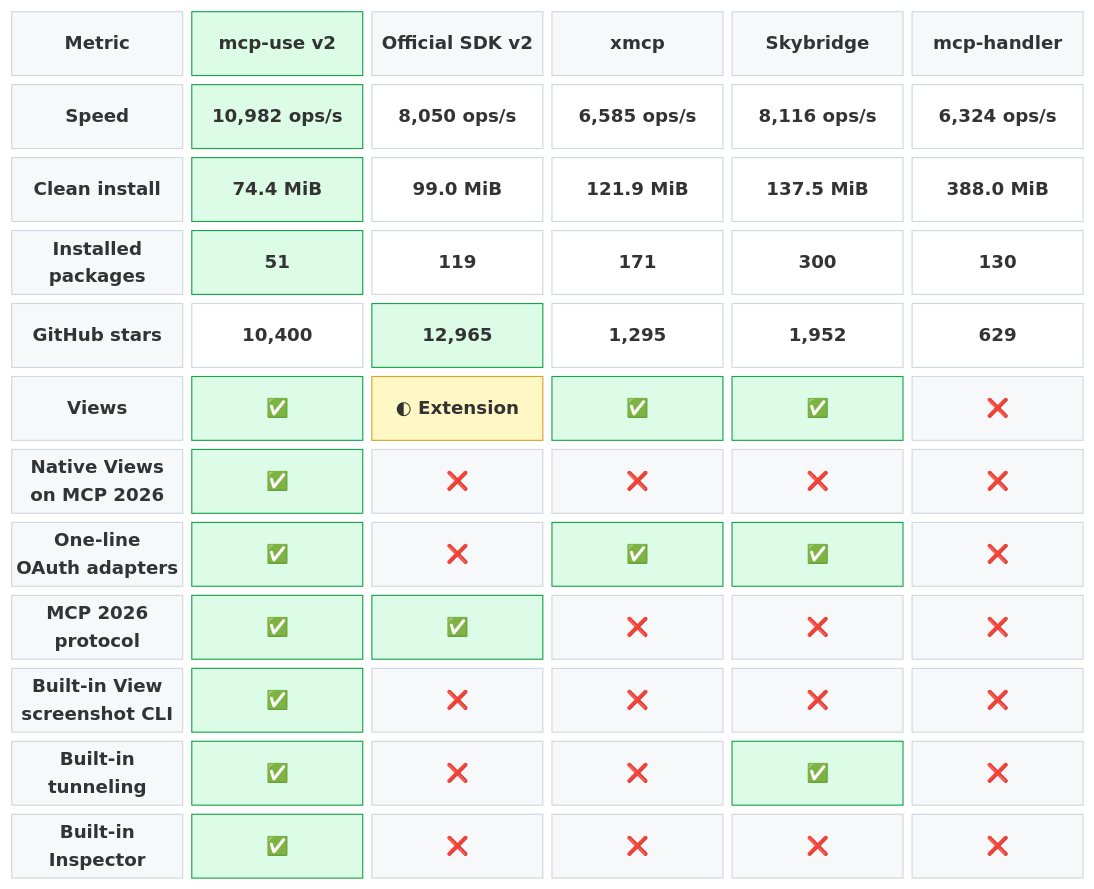
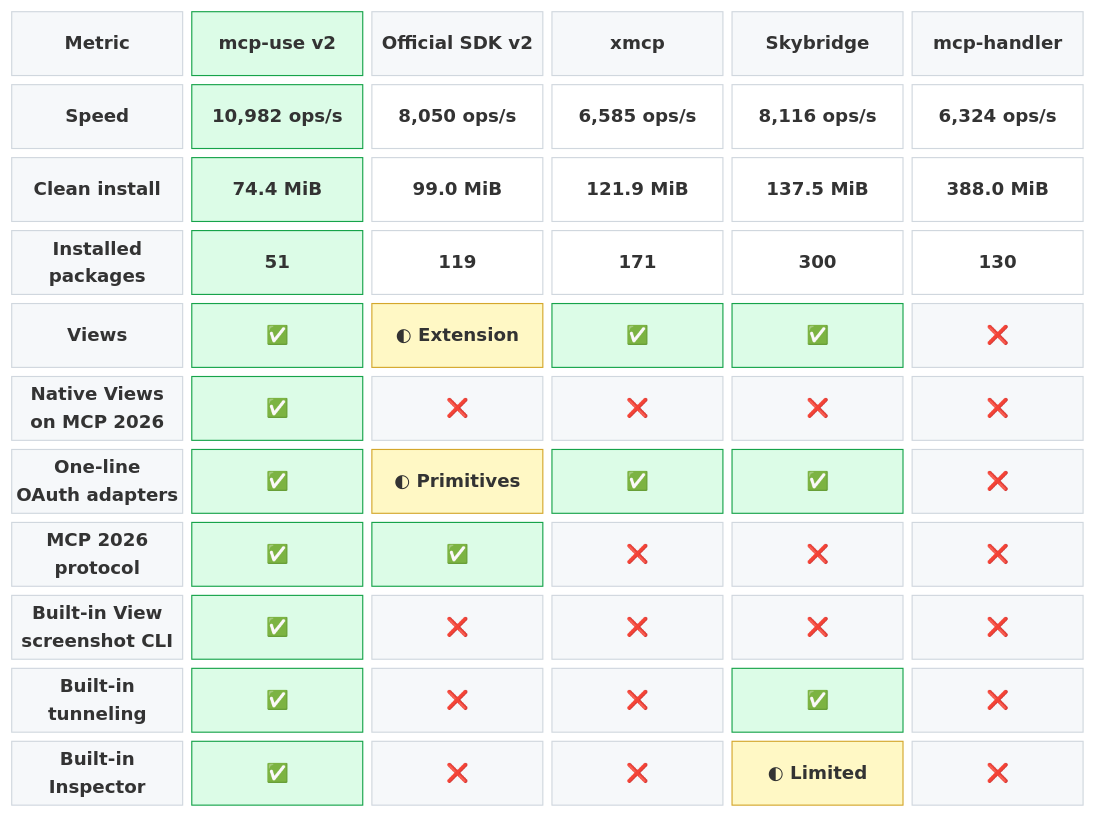
The first of 2 diagrams in README.md (mcp-use/mcp-use), drawn with Mermaid before and after one commit. The commit also changed other lines of this file, not shown here.

Commit message:
docs: clarify framework comparison support

````diff
--- a/README.md
+++ b/README.md
@@ -248,34 +248,33 @@
 ```mermaid
 block-beta
   columns 6
 
   metric["Metric"] mcp["mcp-use v2"] official["Official SDK v2"] xmcp["xmcp"] skybridge["Skybridge"] handler["mcp-handler"]
 
   speed["Speed"] speedMcp["10,982 ops/s"] speedOfficial["8,050 ops/s"] speedXmcp["6,585 ops/s"] speedSkybridge["8,116 ops/s"] speedHandler["6,324 ops/s"]
   install["Clean install"] installMcp["74.4 MiB"] installOfficial["99.0 MiB"] installXmcp["121.9 MiB"] installSkybridge["137.5 MiB"] installHandler["388.0 MiB"]
   packages["Installed<br/>packages"] packagesMcp["51"] packagesOfficial["119"] packagesXmcp["171"] packagesSkybridge["300"] packagesHandler["130"]
-  stars["GitHub stars"] starsMcp["10,400"] starsOfficial["12,965"] starsXmcp["1,295"] starsSkybridge["1,952"] starsHandler["629"]
   views["Views"] viewsMcp["✅"] viewsOfficial["◐ Extension"] viewsXmcp["✅"] viewsSkybridge["✅"] viewsHandler["❌"]
   nativeViews["Native Views<br/>on MCP 2026"] nativeViewsMcp["✅"] nativeViewsOfficial["❌"] nativeViewsXmcp["❌"] nativeViewsSkybridge["❌"] nativeViewsHandler["❌"]
-  oauth["One-line<br/>OAuth adapters"] oauthMcp["✅"] oauthOfficial["❌"] oauthXmcp["✅"] oauthSkybridge["✅"] oauthHandler["❌"]
+  oauth["One-line<br/>OAuth adapters"] oauthMcp["✅"] oauthOfficial["◐ Primitives"] oauthXmcp["✅"] oauthSkybridge["✅"] oauthHandler["❌"]
   protocol["MCP 2026<br/>protocol"] protocolMcp["✅"] protocolOfficial["✅"] protocolXmcp["❌"] protocolSkybridge["❌"] protocolHandler["❌"]
   screenshot["Built-in View<br/>screenshot CLI"] screenshotMcp["✅"] screenshotOfficial["❌"] screenshotXmcp["❌"] screenshotSkybridge["❌"] screenshotHandler["❌"]
   tunnel["Built-in<br/>tunneling"] tunnelMcp["✅"] tunnelOfficial["❌"] tunnelXmcp["❌"] tunnelSkybridge["✅"] tunnelHandler["❌"]
-  inspector["Built-in<br/>Inspector"] inspectorMcp["✅"] inspectorOfficial["❌"] inspectorXmcp["❌"] inspectorSkybridge["❌"] inspectorHandler["❌"]
+  inspector["Built-in<br/>Inspector"] inspectorMcp["✅"] inspectorOfficial["❌"] inspectorXmcp["❌"] inspectorSkybridge["◐ Limited"] inspectorHandler["❌"]
 
   classDef label fill:#f6f8fa,stroke:#d0d7de,color:#1f2328,font-weight:bold
   classDef brand fill:#dcfce7,stroke:#16a34a,color:#166534,font-weight:bold
   classDef header fill:#f6f8fa,stroke:#d0d7de,color:#1f2328,font-weight:bold
   classDef value fill:#ffffff,stroke:#d0d7de,color:#1f2328
   classDef leader fill:#dcfce7,stroke:#16a34a,color:#166534,font-weight:bold
   classDef partial fill:#fff8c5,stroke:#d4a72c,color:#633c01,font-weight:bold
   classDef unavailable fill:#f6f8fa,stroke:#d0d7de,color:#6e7781
 
-  class metric,speed,install,packages,stars,views,nativeViews,oauth,protocol,screenshot,tunnel,inspector label
+  class metric,speed,install,packages,views,nativeViews,oauth,protocol,screenshot,tunnel,inspector label
   class mcp brand
   class official,xmcp,skybridge,handler header
-  class speedOfficial,speedXmcp,speedSkybridge,speedHandler,installOfficial,installXmcp,installSkybridge,installHandler,packagesOfficial,packagesXmcp,packagesSkybridge,packagesHandler,starsMcp,starsXmcp,starsSkybridge,starsHandler value
-  class speedMcp,installMcp,packagesMcp,starsOfficial,viewsMcp,viewsXmcp,viewsSkybridge,nativeViewsMcp,oauthMcp,oauthXmcp,oauthSkybridge,protocolMcp,protocolOfficial,screenshotMcp,tunnelMcp,tunnelSkybridge,inspectorMcp leader
-  class viewsOfficial partial
-  class viewsHandler,nativeViewsOfficial,nativeViewsXmcp,nativeViewsSkybridge,nativeViewsHandler,oauthOfficial,oauthHandler,protocolXmcp,protocolSkybridge,protocolHandler,screenshotOfficial,screenshotXmcp,screenshotSkybridge,screenshotHandler,tunnelOfficial,tunnelXmcp,tunnelHandler,inspectorOfficial,inspectorXmcp,inspectorSkybridge,inspectorHandler unavailable
+  class speedOfficial,speedXmcp,speedSkybridge,speedHandler,installOfficial,installXmcp,installSkybridge,installHandler,packagesOfficial,packagesXmcp,packagesSkybridge,packagesHandler value
+  class speedMcp,installMcp,packagesMcp,viewsMcp,viewsXmcp,viewsSkybridge,nativeViewsMcp,oauthMcp,oauthXmcp,oauthSkybridge,protocolMcp,protocolOfficial,screenshotMcp,tunnelMcp,tunnelSkybridge,inspectorMcp leader
+  class viewsOfficial,oauthOfficial,inspectorSkybridge partial
+  class viewsHandler,nativeViewsOfficial,nativeViewsXmcp,nativeViewsSkybridge,nativeViewsHandler,oauthHandler,protocolXmcp,protocolSkybridge,protocolHandler,screenshotOfficial,screenshotXmcp,screenshotSkybridge,screenshotHandler,tunnelOfficial,tunnelXmcp,tunnelHandler,inspectorOfficial,inspectorXmcp,inspectorHandler unavailable
 ```
````
